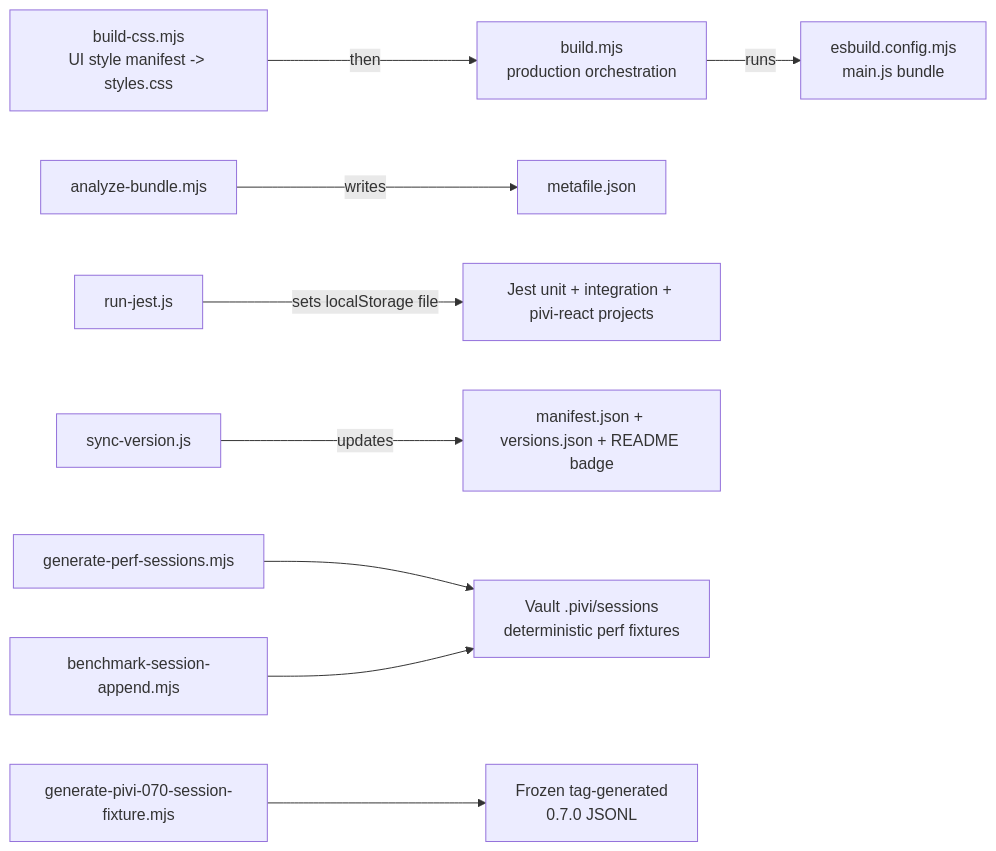
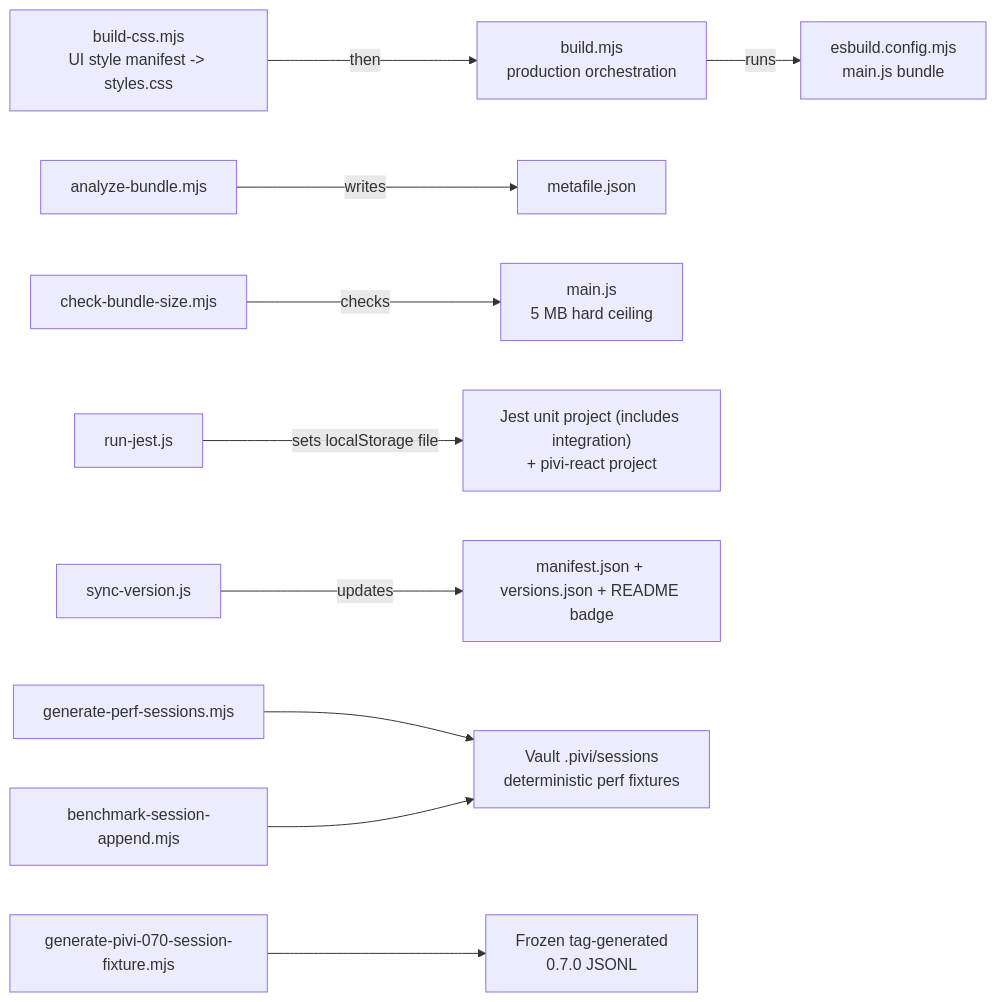
One commit to shuuul/obsidian-pivi changed the diagram in scripts/AGENTS.md. Above: the diagram before and after it, drawn with Mermaid. The commit also changed other lines of this file and 13 other files, not shown here.

````diff
--- a/scripts/AGENTS.md
+++ b/scripts/AGENTS.md
@@ -9,11 +9,12 @@
 ```mermaid
 flowchart LR
   CSS["build-css.mjs<br/>UI style manifest -> styles.css"] -- "then" --> Build["build.mjs<br/>production orchestration"]
   Build -- "runs" --> Esbuild["esbuild.config.mjs<br/>main.js bundle"]
   Analyze["analyze-bundle.mjs"] -- "writes" --> Meta["metafile.json"]
-  Jest["run-jest.js"] -- "sets localStorage file" --> Tests["Jest unit + integration + pivi-react projects"]
+  BundleSize["check-bundle-size.mjs"] -- "checks" --> Bundle["main.js<br/>5 MB hard ceiling"]
+  Jest["run-jest.js"] -- "sets localStorage file" --> Tests["Jest unit project (includes integration)<br/>+ pivi-react project"]
   Version["sync-version.js"] -- "updates" --> Manifest["manifest.json + versions.json + README badge"]
   Fixtures["generate-perf-sessions.mjs"] --> Sessions["Vault .pivi/sessions<br/>deterministic perf fixtures"]
   Provenance["generate-pivi-070-session-fixture.mjs"] --> Frozen["Frozen tag-generated<br/>0.7.0 JSONL"]
   AppendBench["benchmark-session-append.mjs"] --> Sessions
 ```
````
